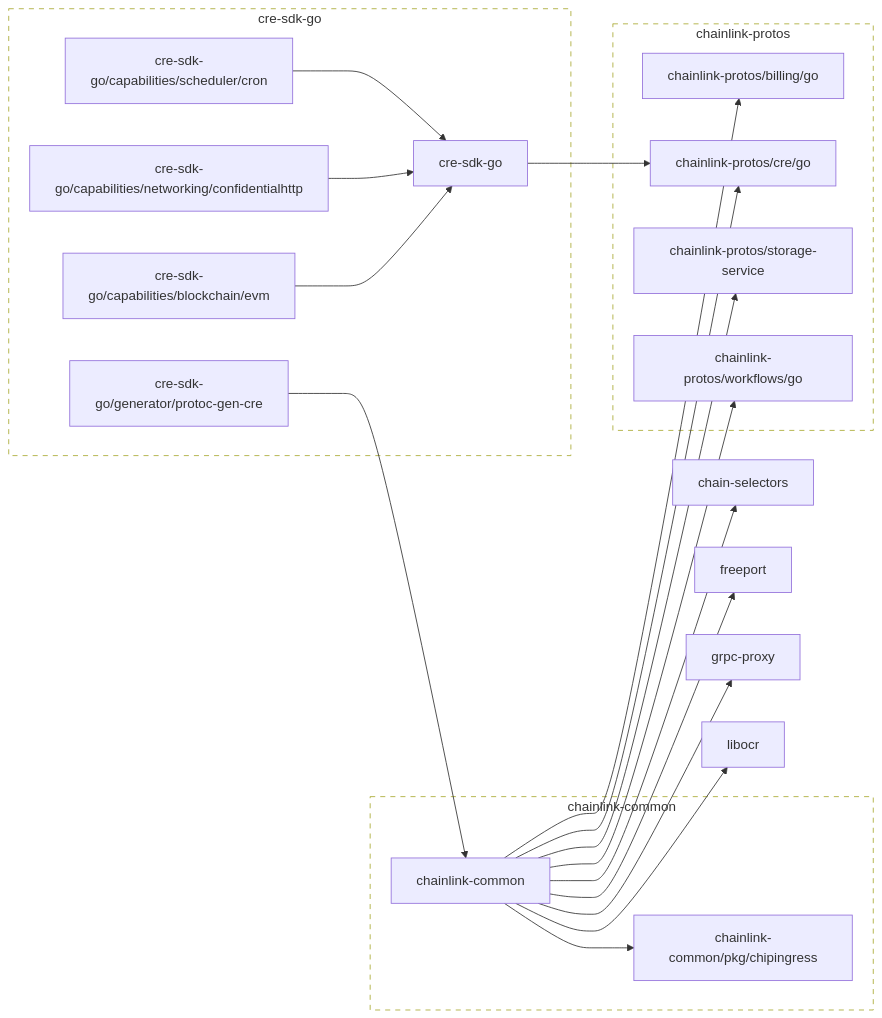
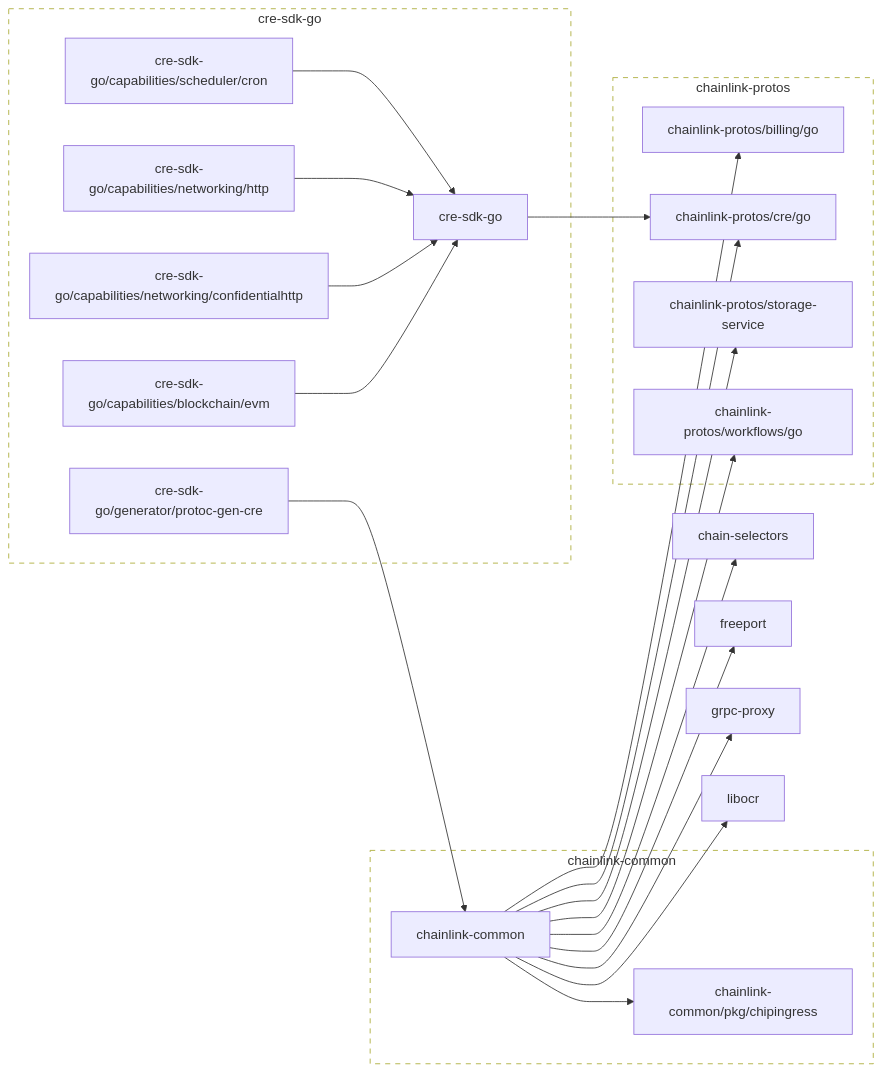
The diagram in go.md (smartcontractkit/cre-sdk-go), drawn with Mermaid before and after one commit. The commit also changed 3 other files, not shown here.

Commit message:
Update cre-sdk-go

````diff
--- a/go.md
+++ b/go.md
@@ -2,68 +2,71 @@
 ```mermaid
 flowchart LR
 
 	chain-selectors
 	click chain-selectors href "https://github.com/smartcontractkit/chain-selectors"
 	chainlink-common --> chain-selectors
 	chainlink-common --> chainlink-common/pkg/chipingress
 	chainlink-common --> chainlink-protos/billing/go
 	chainlink-common --> chainlink-protos/cre/go
 	chainlink-common --> chainlink-protos/storage-service
 	chainlink-common --> chainlink-protos/workflows/go
 	chainlink-common --> freeport
 	chainlink-common --> grpc-proxy
 	chainlink-common --> libocr
 	click chainlink-common href "https://github.com/smartcontractkit/chainlink-common"
 	chainlink-common/pkg/chipingress
 	click chainlink-common/pkg/chipingress href "https://github.com/smartcontractkit/chainlink-common"
 	chainlink-protos/billing/go
 	click chainlink-protos/billing/go href "https://github.com/smartcontractkit/chainlink-protos"
 	chainlink-protos/cre/go
 	click chainlink-protos/cre/go href "https://github.com/smartcontractkit/chainlink-protos"
 	chainlink-protos/storage-service
 	click chainlink-protos/storage-service href "https://github.com/smartcontractkit/chainlink-protos"
 	chainlink-protos/workflows/go
 	click chainlink-protos/workflows/go href "https://github.com/smartcontractkit/chainlink-protos"
 	cre-sdk-go --> chainlink-protos/cre/go
 	click cre-sdk-go href "https://github.com/smartcontractkit/cre-sdk-go"
 	cre-sdk-go/capabilities/blockchain/evm --> cre-sdk-go
 	click cre-sdk-go/capabilities/blockchain/evm href "https://github.com/smartcontractkit/cre-sdk-go"
 	cre-sdk-go/capabilities/networking/confidentialhttp --> cre-sdk-go
 	click cre-sdk-go/capabilities/networking/confidentialhttp href "https://github.com/smartcontractkit/cre-sdk-go"
+	cre-sdk-go/capabilities/networking/http --> cre-sdk-go
+	click cre-sdk-go/capabilities/networking/http href "https://github.com/smartcontractkit/cre-sdk-go"
 	cre-sdk-go/capabilities/scheduler/cron --> cre-sdk-go
 	click cre-sdk-go/capabilities/scheduler/cron href "https://github.com/smartcontractkit/cre-sdk-go"
 	cre-sdk-go/generator/protoc-gen-cre --> chainlink-common
 	click cre-sdk-go/generator/protoc-gen-cre href "https://github.com/smartcontractkit/cre-sdk-go"
 	freeport
 	click freeport href "https://github.com/smartcontractkit/freeport"
 	grpc-proxy
 	click grpc-proxy href "https://github.com/smartcontractkit/grpc-proxy"
 	libocr
 	click libocr href "https://github.com/smartcontractkit/libocr"
 
 	subgraph chainlink-common-repo[chainlink-common]
 		 chainlink-common
 		 chainlink-common/pkg/chipingress
 	end
 	click chainlink-common-repo href "https://github.com/smartcontractkit/chainlink-common"
 
 	subgraph chainlink-protos-repo[chainlink-protos]
 		 chainlink-protos/billing/go
 		 chainlink-protos/cre/go
 		 chainlink-protos/storage-service
 		 chainlink-protos/workflows/go
 	end
 	click chainlink-protos-repo href "https://github.com/smartcontractkit/chainlink-protos"
 
 	subgraph cre-sdk-go-repo[cre-sdk-go]
 		 cre-sdk-go
 		 cre-sdk-go/capabilities/blockchain/evm
 		 cre-sdk-go/capabilities/networking/confidentialhttp
+		 cre-sdk-go/capabilities/networking/http
 		 cre-sdk-go/capabilities/scheduler/cron
 		 cre-sdk-go/generator/protoc-gen-cre
 	end
 	click cre-sdk-go-repo href "https://github.com/smartcontractkit/cre-sdk-go"
 
 	classDef outline stroke-dasharray:6,fill:none;
 	class chainlink-common-repo,chainlink-protos-repo,cre-sdk-go-repo outline
 ```
````
